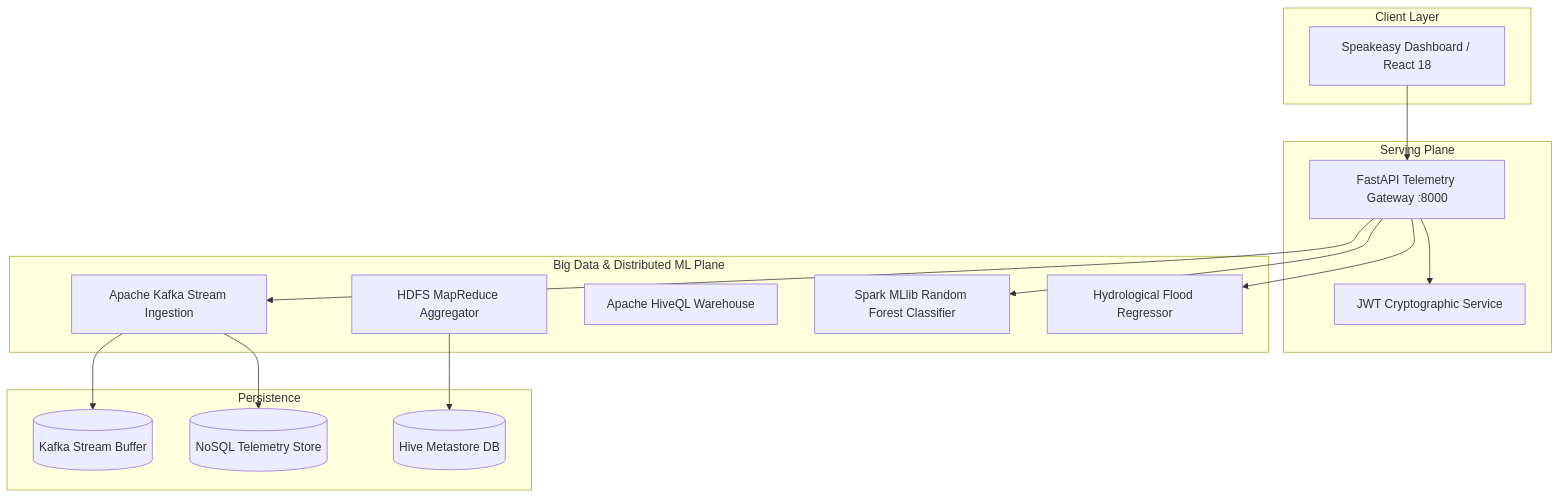
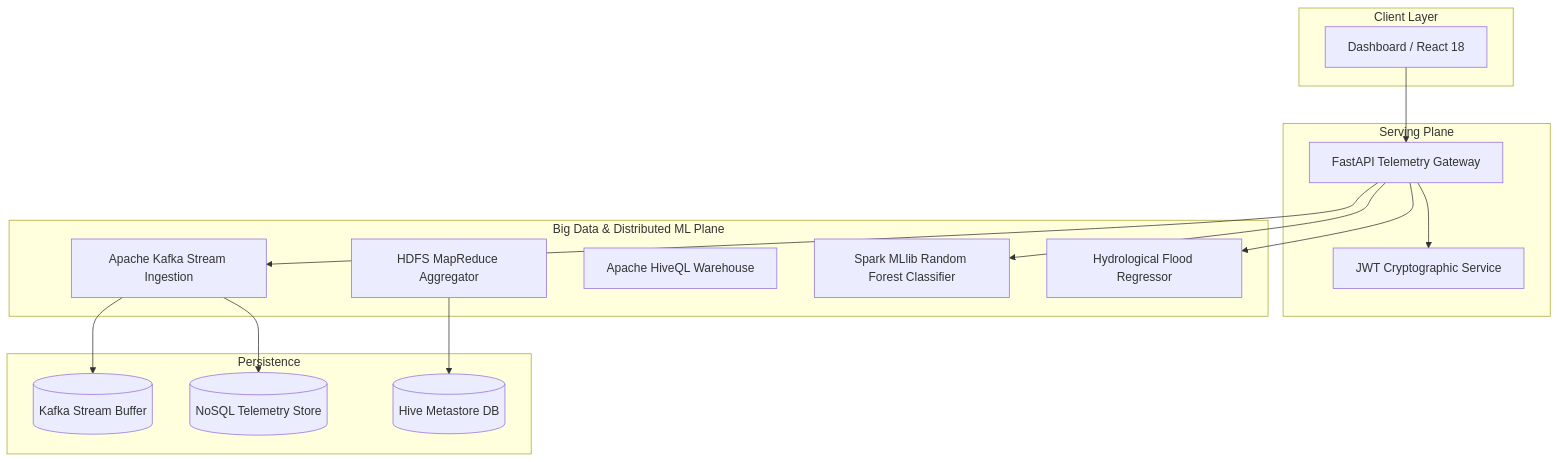
One commit to yuvanvishnupandi/lambda-mobility changed the diagram in README.md. Above: the diagram before and after it, drawn with Mermaid.

````diff
--- a/README.md
+++ b/README.md
@@ -92,34 +92,34 @@
 ```mermaid
 graph TD
     subgraph Client["Client Layer"]
-        UI[Speakeasy Dashboard / React 18]
+        UI[Dashboard / React 18]
     end
 
     subgraph Serving["Serving Plane"]
-        API[FastAPI Telemetry Gateway :8000]
+        API[FastAPI Telemetry Gateway]
         AUTH[JWT Cryptographic Service]
     end
 
     subgraph BigData["Big Data & Distributed ML Plane"]
         KAFKA[Apache Kafka Stream Ingestion]
         HDFS[HDFS MapReduce Aggregator]
         HIVE[Apache HiveQL Warehouse]
         SPARK[Spark MLlib Random Forest Classifier]
         FLOOD[Hydrological Flood Regressor]
     end
 
     subgraph Storage["Persistence"]
         BUFFER[(Kafka Stream Buffer)]
         STORE[(NoSQL Telemetry Store)]
         METASTORE[(Hive Metastore DB)]
     end
 
     UI --> API
     API --> AUTH
     API --> KAFKA
     API --> SPARK
     API --> FLOOD
     KAFKA --> BUFFER
     KAFKA --> STORE
     HDFS --> METASTORE
 ```
````
